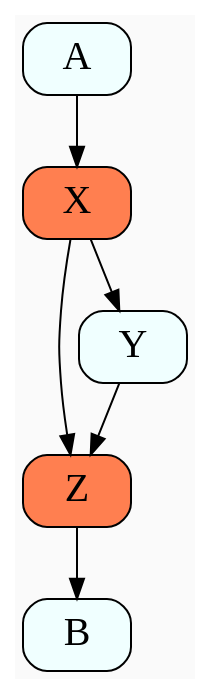
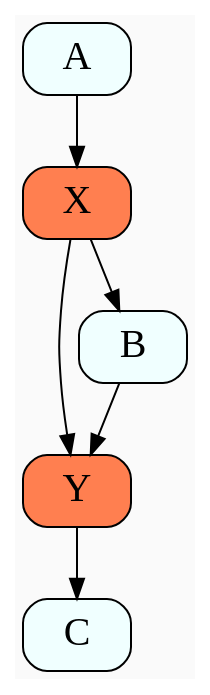
One commit to sanjoy/auto-clustering-presentation changed the diagram in cycle-detection-a.dot. Above: the diagram before and after it, drawn with Graphviz. The commit also changed 14 other files, not shown here.

```diff
--- a/cycle-detection-a.dot
+++ b/cycle-detection-a.dot
@@ -1,13 +1,13 @@
 digraph {
   graph[bgcolor=gray98,compound=true]
   node[fontsize=20,shape=box,fillcolor=azure, style="filled,rounded"]
 
   X[fillcolor=coral]
-  Z[fillcolor=coral]
+  Y[fillcolor=coral]
 
   A -> X
+  X -> B
   X -> Y
-  X -> Z
-  Y -> Z
-  Z -> B
+  B -> Y
+  Y -> C
 }
```
